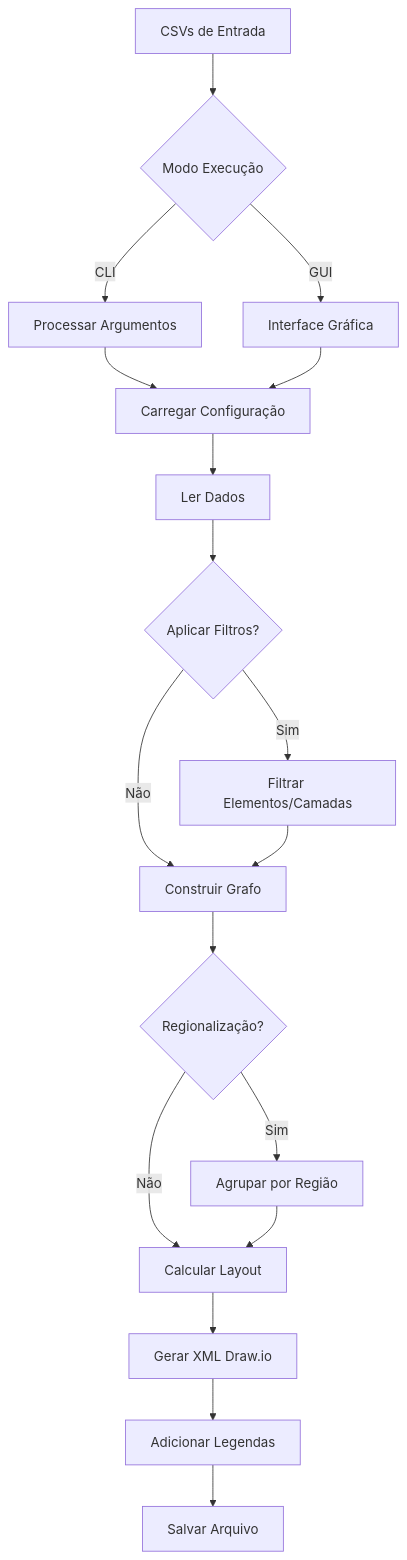
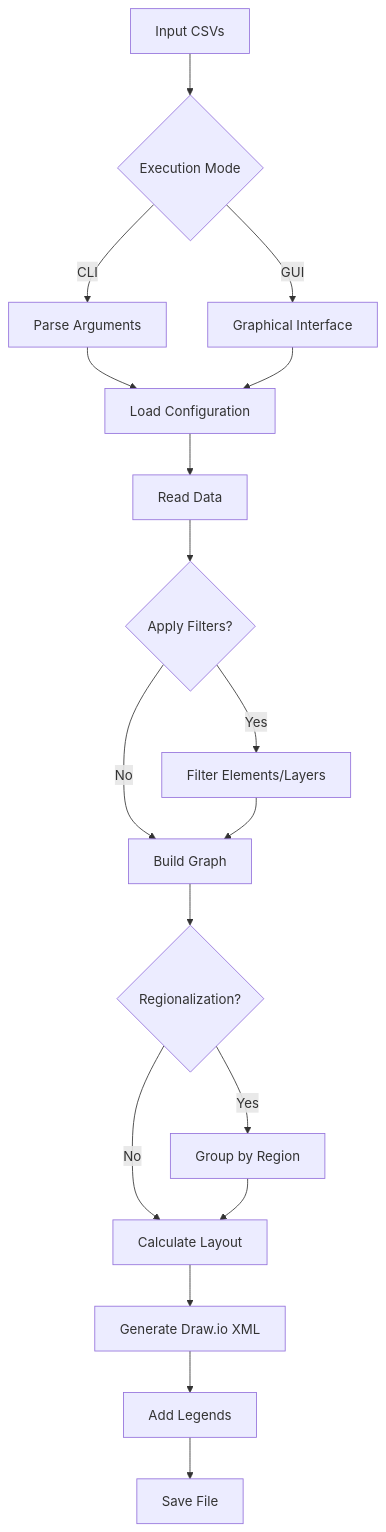
The diagram in README.md (flashbsb/network-topology-generator), drawn with Mermaid before and after one commit. The commit also changed other lines of this file and 4 other files, not shown here.

````diff
--- a/README.md
+++ b/README.md
@@ -210,24 +213,24 @@
 ```mermaid
 graph TD
-    A[CSVs de Entrada] --> B{Modo Execução}
-    B -->|CLI| C[Processar Argumentos]
-    B -->|GUI| D[Interface Gráfica]
+    A[Input CSVs] --> B{Execution Mode}
+    B -->|CLI| C[Parse Arguments]
+    B -->|GUI| D[Graphical Interface]
     
-    C --> E[Carregar Configuração]
+    C --> E[Load Configuration]
     D --> E
-    E --> F[Ler Dados]
+    E --> F[Read Data]
     
-    F --> G{Aplicar Filtros?}
-    G -->|Sim| H[Filtrar Elementos/Camadas]
-    G -->|Não| I[Construir Grafo]
+    F --> G{Apply Filters?}
+    G -->|Yes| H[Filter Elements/Layers]
+    G -->|No| I[Build Graph]
     H --> I
     
-    I --> J{Regionalização?}
-    J -->|Sim| K[Agrupar por Região]
-    J -->|Não| L[Calcular Layout]
+    I --> J{Regionalization?}
+    J -->|Yes| K[Group by Region]
+    J -->|No| L[Calculate Layout]
     K --> L
     
-    L --> M[Gerar XML Draw.io]
-    M --> N[Adicionar Legendas]
-    N --> O[Salvar Arquivo]
+    L --> M[Generate Draw.io XML]
+    M --> N[Add Legends]
+    N --> O[Save File]
 ```
````
